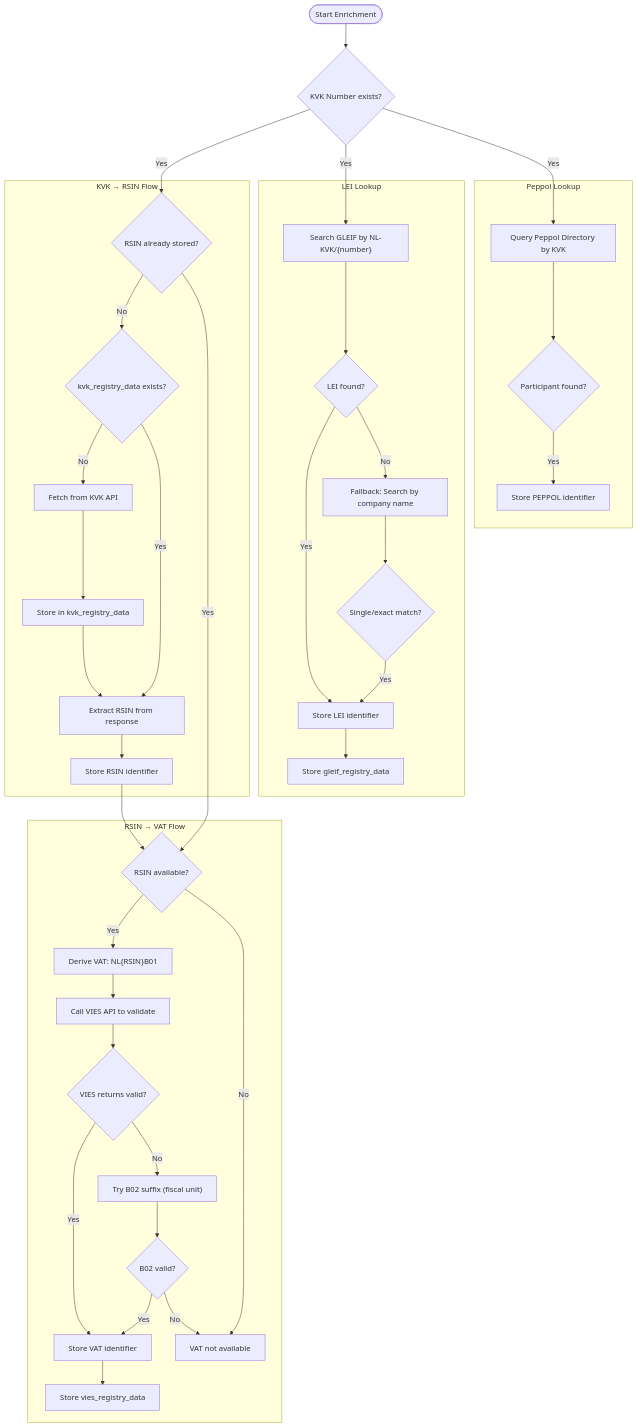
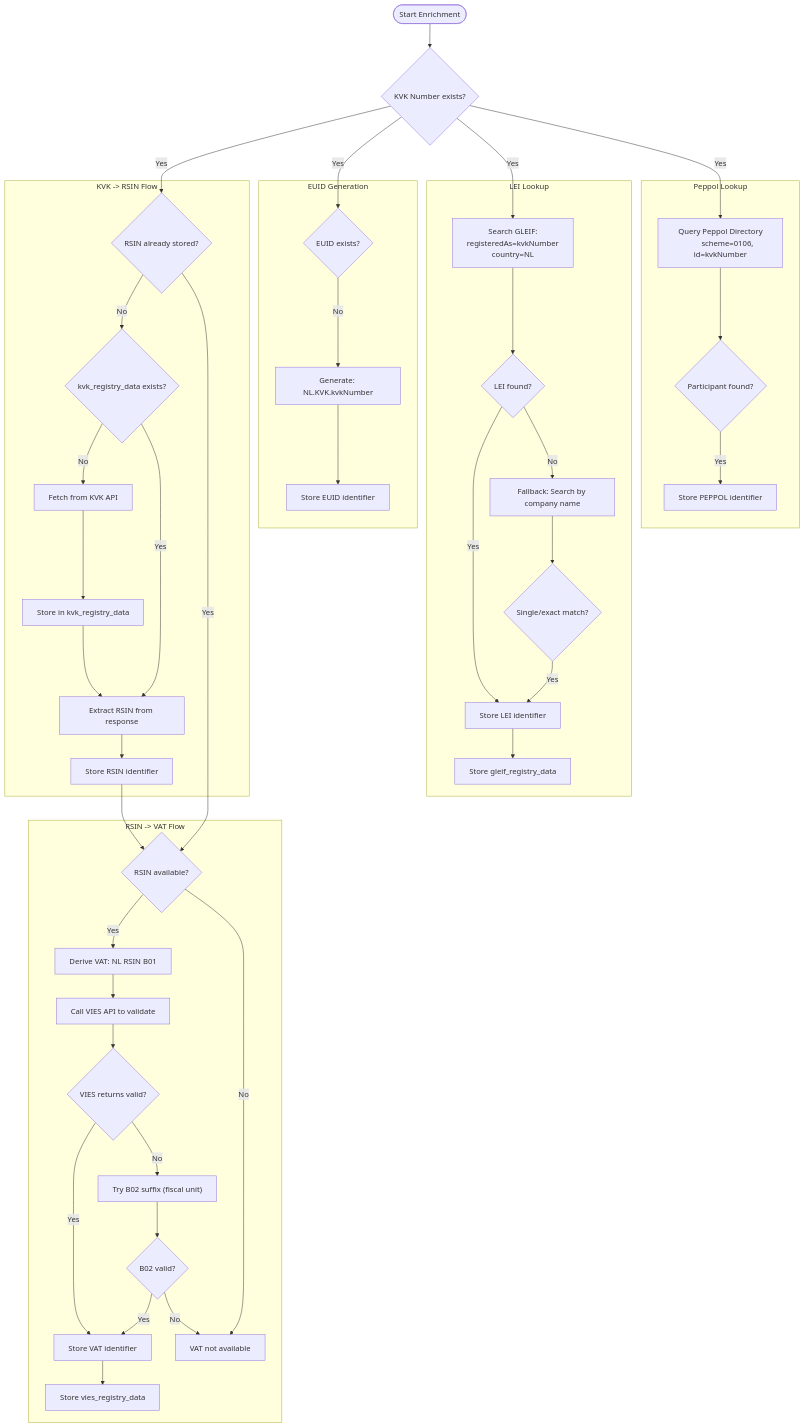
Before and after one commit to DeNoronha/ctn-asr-demo: the second of 7 diagrams in docs/ENRICHMENT_ARCHITECTURE.md, drawn with Mermaid. The commit also changed other lines of this file, not shown here.

Commit message:
docs: update ENRICHMENT_ARCHITECTURE.md with GLEIF search strategy and lessons learned

```diff
--- a/docs/ENRICHMENT_ARCHITECTURE.md
+++ b/docs/ENRICHMENT_ARCHITECTURE.md
@@ -106,7 +160,7 @@
     START([Start Enrichment])
     CHECK_KVK{KVK Number exists?}
 
-    subgraph KVK_Flow["KVK → RSIN Flow"]
+    subgraph KVK_Flow["KVK -> RSIN Flow"]
         CHECK_RSIN{RSIN already stored?}
         CHECK_KVK_REGISTRY{kvk_registry_data exists?}
         FETCH_KVK[Fetch from KVK API]
@@ -115,9 +169,9 @@
         STORE_RSIN[Store RSIN identifier]
     end
 
-    subgraph VAT_Flow["RSIN → VAT Flow"]
+    subgraph VAT_Flow["RSIN -> VAT Flow"]
         HAS_RSIN{RSIN available?}
-        DERIVE_VAT["Derive VAT: NL{RSIN}B01"]
+        DERIVE_VAT["Derive VAT: NL RSIN B01"]
         CALL_VIES[Call VIES API to validate]
         VIES_VALID{VIES returns valid?}
         TRY_B02["Try B02 suffix (fiscal unit)"]
@@ -127,8 +181,16 @@
         VAT_NOT_AVAILABLE[VAT not available]
     end
 
+    subgraph EUID_Flow["EUID Generation"]
+        CHECK_EUID{EUID exists?}
+        GEN_EUID["Generate: NL.KVK.kvkNumber"]
+        STORE_EUID_NL[Store EUID identifier]
+    end
+
     subgraph LEI_Flow["LEI Lookup"]
-        SEARCH_LEI_KVK["Search GLEIF by NL-KVK/{number}"]
+        SEARCH_LEI_KVK["Search GLEIF:
+        registeredAs=kvkNumber
+        country=NL"]
         LEI_FOUND{LEI found?}
         SEARCH_LEI_NAME["Fallback: Search by company name"]
         NAME_FOUND{Single/exact match?}
@@ -137,7 +199,8 @@
     end
 
     subgraph Peppol_Flow["Peppol Lookup"]
-        SEARCH_PEPPOL["Query Peppol Directory by KVK"]
+        SEARCH_PEPPOL["Query Peppol Directory
+        scheme=0106, id=kvkNumber"]
         PEPPOL_FOUND{Participant found?}
         STORE_PEPPOL[Store PEPPOL identifier]
     end
@@ -164,6 +227,10 @@
     VIES_B02_VALID -->|No| VAT_NOT_AVAILABLE
     STORE_VAT --> STORE_VIES
 
+    CHECK_KVK -->|Yes| CHECK_EUID
+    CHECK_EUID -->|No| GEN_EUID
+    GEN_EUID --> STORE_EUID_NL
+
     CHECK_KVK -->|Yes| SEARCH_LEI_KVK
     SEARCH_LEI_KVK --> LEI_FOUND
     LEI_FOUND -->|Yes| STORE_LEI
```
